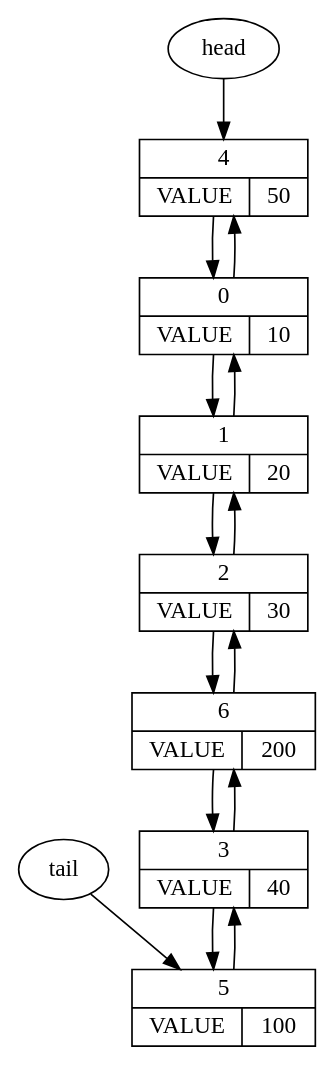
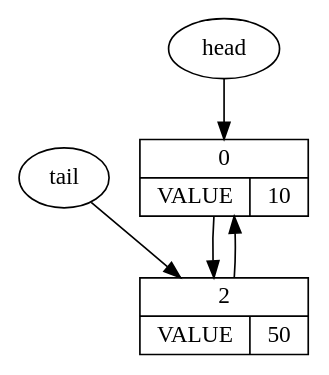
Before and after one commit to fckxorg/LinkedListArrays: the diagram in cmake-build-debug/dump.dot, drawn with Graphviz. The commit also changed 4 other files, not shown here.

```diff
--- a/cmake-build-debug/dump.dot
+++ b/cmake-build-debug/dump.dot
@@ -1,23 +1,8 @@
 digraph {
-node4[label="{{4}|{VALUE | 50}}",shape=record];
 node0[label="{{0}|{VALUE | 10}}",shape=record];
-node0 -> node4;
-node4 -> node0;
-node1[label="{{1}|{VALUE | 20}}",shape=record];
-node1 -> node0;
-node0 -> node1;
-node2[label="{{2}|{VALUE | 30}}",shape=record];
-node2 -> node1;
-node1 -> node2;
-node6[label="{{6}|{VALUE | 200}}",shape=record];
-node6 -> node2;
-node2 -> node6;
-node3[label="{{3}|{VALUE | 40}}",shape=record];
-node3 -> node6;
-node6 -> node3;
-node5[label="{{5}|{VALUE | 100}}",shape=record];
-node5 -> node3;
-node3 -> node5;
-head -> node4;
-tail -> node5;
+node2[label="{{2}|{VALUE | 50}}",shape=record];
+node2 -> node0;
+node0 -> node2;
+head -> node0;
+tail -> node2;
 }
```
